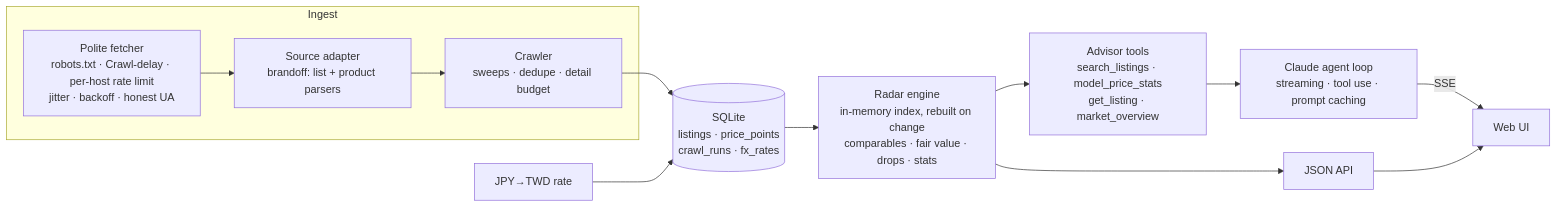
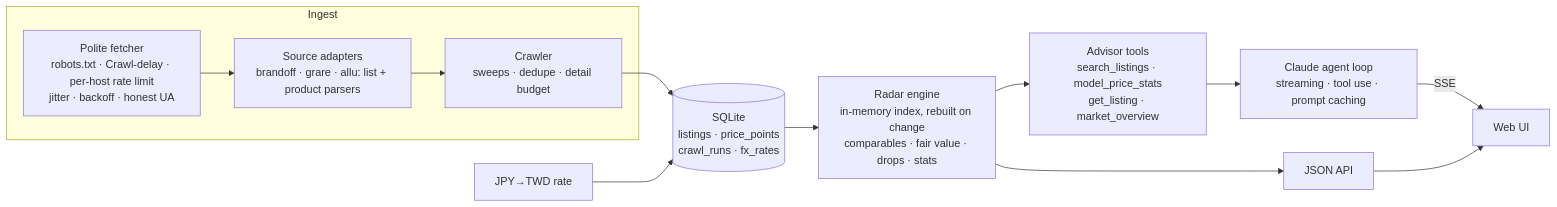
One commit to No3371/kura changed the diagram in README.md. Above: the diagram before and after it, drawn with Mermaid. The commit also changed other lines of this file and 65 other files, not shown here.

````diff
--- a/README.md
+++ b/README.md
@@ -26,15 +26,15 @@
 ```mermaid
 flowchart LR
     subgraph Ingest
-      F[Polite fetcher<br/>robots.txt · Crawl-delay · per-host rate limit<br/>jitter · backoff · honest UA] --> S[Source adapter<br/>brandoff: list + product parsers]
+      F[Polite fetcher<br/>robots.txt · Crawl-delay · per-host rate limit<br/>jitter · backoff · honest UA] --> S[Source adapters<br/>brandoff · grare · allu: list + product parsers]
       S --> C[Crawler<br/>sweeps · dedupe · detail budget]
     end
     C --> DB[(SQLite<br/>listings · price_points<br/>crawl_runs · fx_rates)]
     FX[JPY→TWD rate] --> DB
     DB --> R[Radar engine<br/>in-memory index, rebuilt on change<br/>comparables · fair value · drops · stats]
     R --> API[JSON API]
     R --> T[Advisor tools<br/>search_listings · model_price_stats<br/>get_listing · market_overview]
     T --> A[Claude agent loop<br/>streaming · tool use · prompt caching]
     A -- SSE --> UI[Web UI]
     API --> UI
 ```
````
